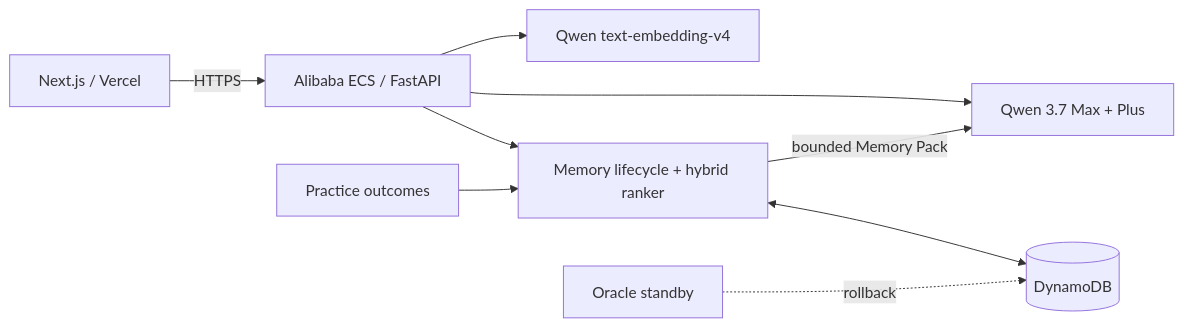
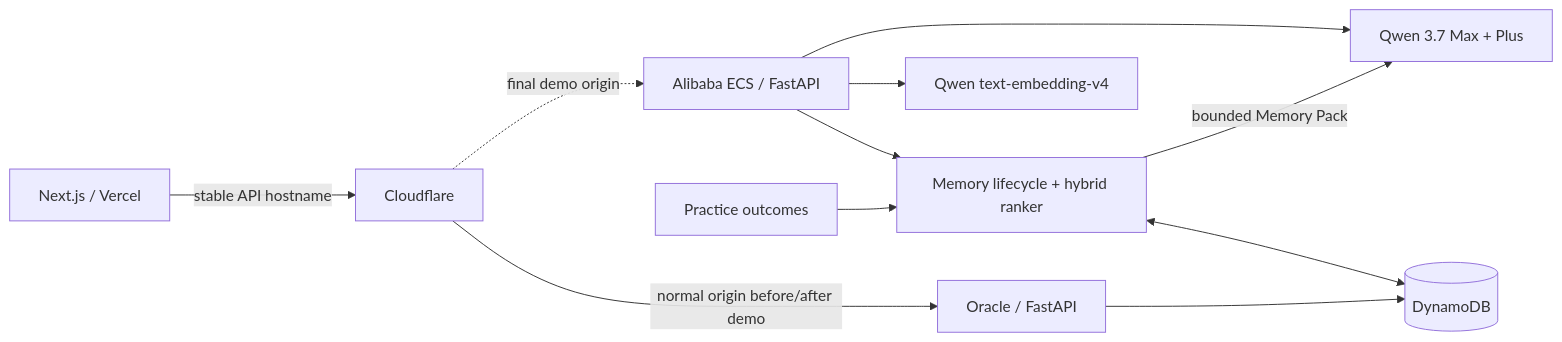
The diagram in docs/SUBMISSION.md (jinyu-cai/weakspot-english-coach), drawn with Mermaid before and after one commit. The commit also changed other lines of this file and 27 other files, not shown here.

````diff
--- a/docs/SUBMISSION.md
+++ b/docs/SUBMISSION.md
@@ -93,11 +93,13 @@
 ```mermaid
 flowchart LR
-    User[Next.js / Vercel] -->|HTTPS| Ali[Alibaba ECS / FastAPI]
+    User[Next.js / Vercel] -->|stable API hostname| Edge[Cloudflare]
+    Edge -. final demo origin .-> Ali[Alibaba ECS / FastAPI]
+    Edge -->|normal origin before/after demo| Oracle[Oracle / FastAPI]
     Ali --> Qwen[Qwen 3.7 Max + Plus]
     Ali --> Emb[Qwen text-embedding-v4]
     Ali --> Agent[Memory lifecycle + hybrid ranker]
     Agent <--> DB[(DynamoDB)]
     Agent -->|bounded Memory Pack| Qwen
     Grade[Practice outcomes] --> Agent
-    Oracle[Oracle standby] -. rollback .-> DB
+    Oracle --> DB
 ```
````
